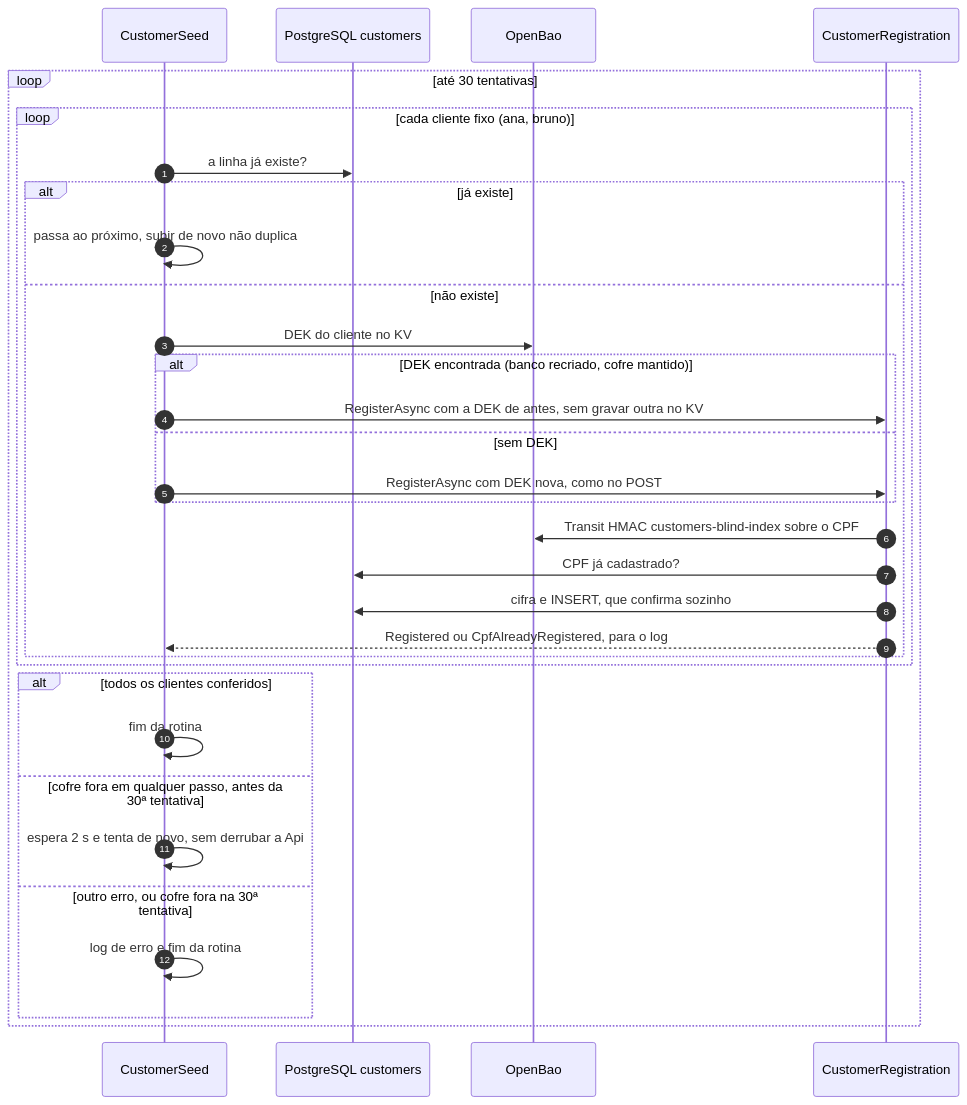
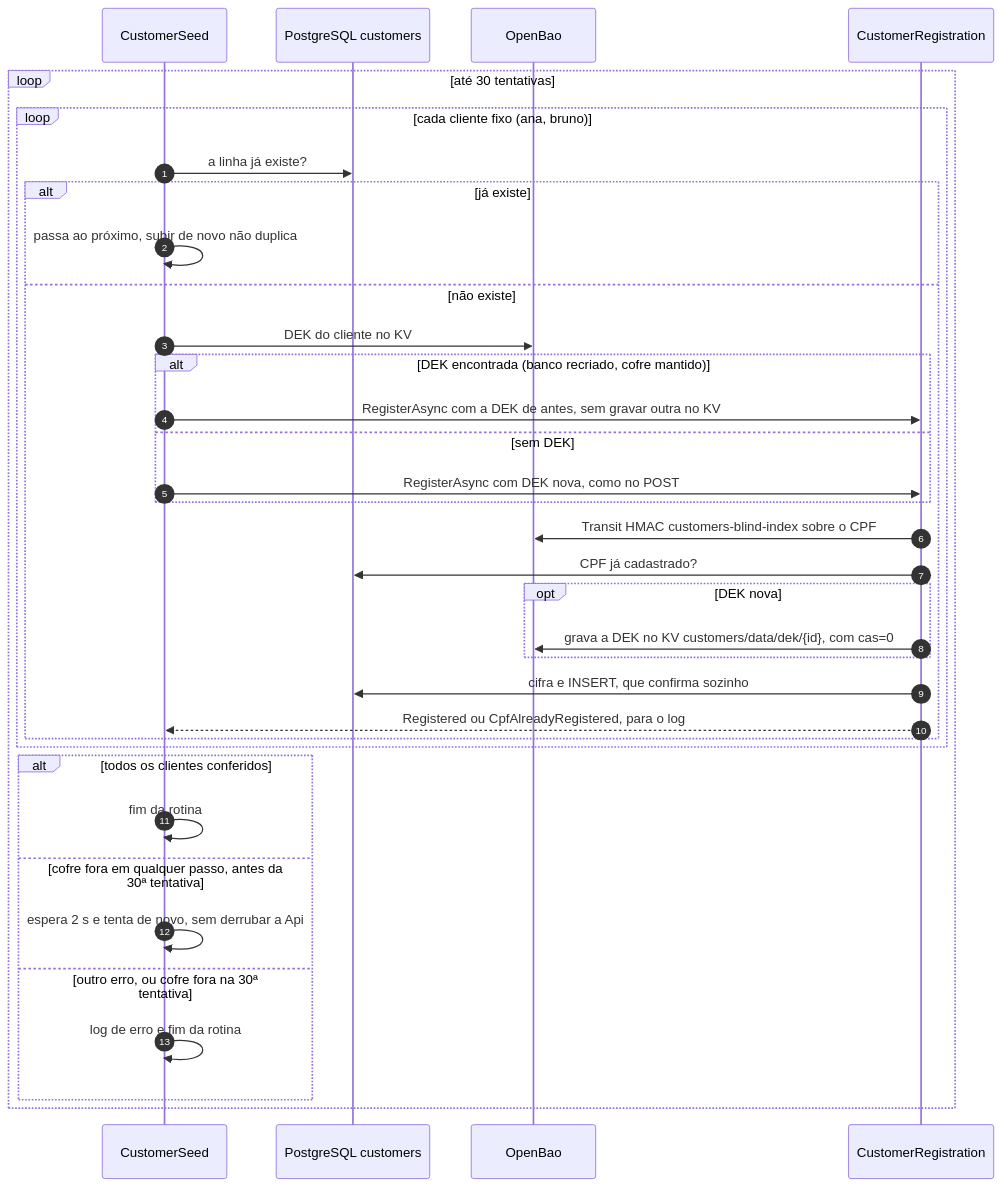
Before and after one commit to arthuurw/desafio-arquiteto-keyrus: the fourth of 5 diagrams in docs/arquitetura/fluxos-customers.md, drawn with Mermaid. The commit also changed other lines of this file and 20 other files, not shown here.

First line of the commit message:
docs: align guides, flows, README and ADR metadata with the code at HEAD

````diff
--- a/docs/arquitetura/fluxos-customers.md
+++ b/docs/arquitetura/fluxos-customers.md
@@ -217,35 +220,38 @@
 ```mermaid
 sequenceDiagram
   autonumber
   participant S as CustomerSeed
   participant DB as PostgreSQL customers
   participant V as OpenBao
   participant R as CustomerRegistration
 
   loop até 30 tentativas
     loop cada cliente fixo (ana, bruno)
       S->>DB: a linha já existe?
       alt já existe
         S->>S: passa ao próximo, subir de novo não duplica
       else não existe
         S->>V: DEK do cliente no KV
         alt DEK encontrada (banco recriado, cofre mantido)
           S->>R: RegisterAsync com a DEK de antes, sem gravar outra no KV
         else sem DEK
           S->>R: RegisterAsync com DEK nova, como no POST
         end
         R->>V: Transit HMAC customers-blind-index sobre o CPF
         R->>DB: CPF já cadastrado?
+        opt DEK nova
+          R->>V: grava a DEK no KV customers/data/dek/{id}, com cas=0
+        end
         R->>DB: cifra e INSERT, que confirma sozinho
         R-->>S: Registered ou CpfAlreadyRegistered, para o log
       end
     end
     alt todos os clientes conferidos
       S->>S: fim da rotina
     else cofre fora em qualquer passo, antes da 30ª tentativa
       S->>S: espera 2 s e tenta de novo, sem derrubar a Api
     else outro erro, ou cofre fora na 30ª tentativa
       S->>S: log de erro e fim da rotina
     end
   end
 ```
````
